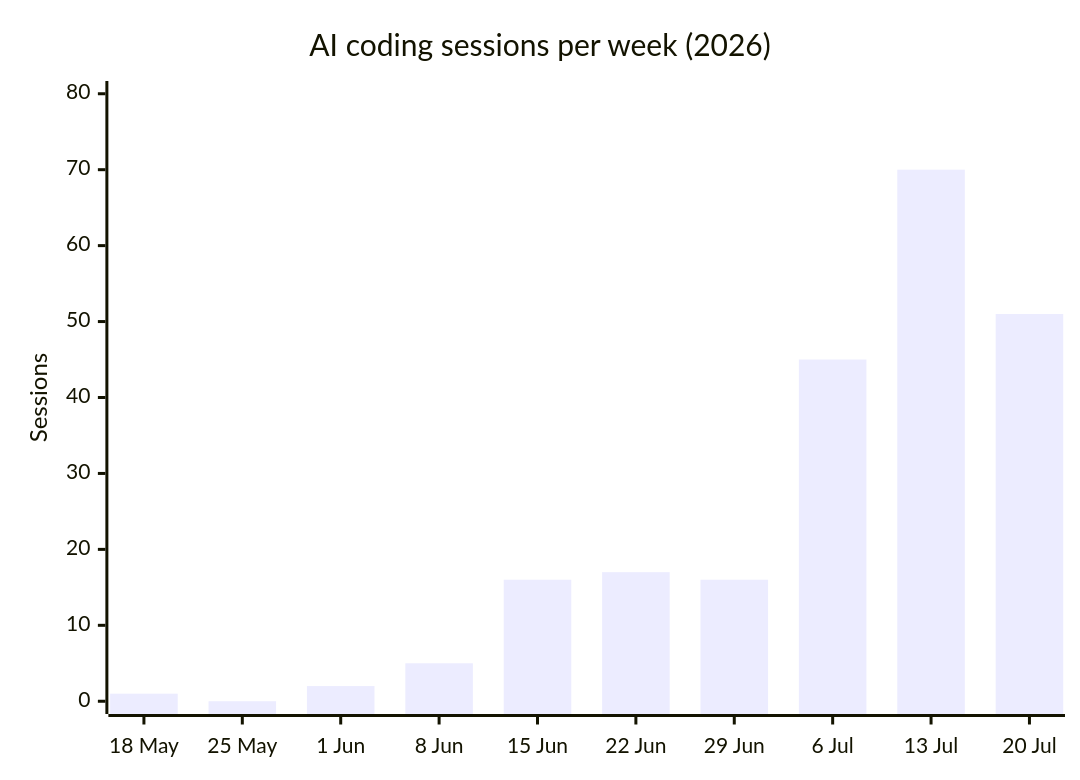
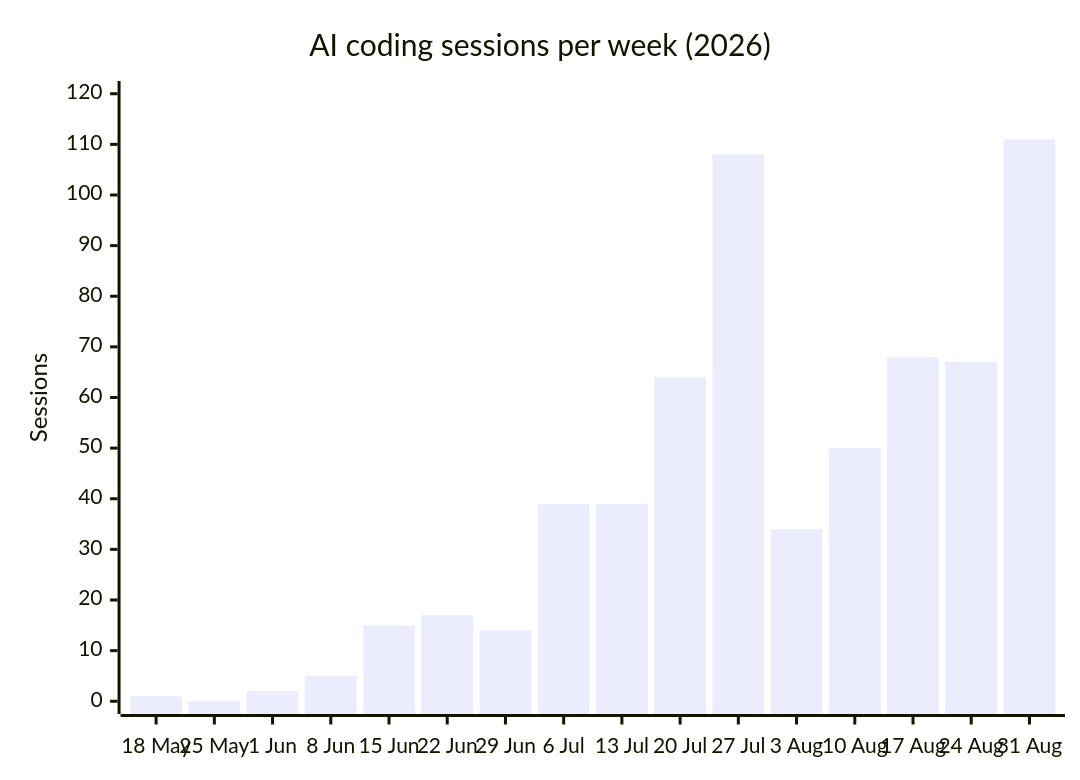
The diagram in VIBE-CODING.md (loryanstrant/loryanstrant), drawn with Mermaid before and after one commit.

Commit message:
chore: refresh AI sessions chart

````diff
--- a/VIBE-CODING.md
+++ b/VIBE-CODING.md
@@ -12,7 +12,7 @@
 ```mermaid
 xychart-beta
     title "AI coding sessions per week (2026)"
-    x-axis ["18 May", "25 May", "1 Jun", "8 Jun", "15 Jun", "22 Jun", "29 Jun", "6 Jul", "13 Jul", "20 Jul"]
-    y-axis "Sessions" 0 --> 80
-    bar [1, 0, 2, 5, 16, 17, 16, 45, 70, 51]
+    x-axis ["18 May", "25 May", "1 Jun", "8 Jun", "15 Jun", "22 Jun", "29 Jun", "6 Jul", "13 Jul", "20 Jul", "27 Jul", "3 Aug", "10 Aug", "17 Aug", "24 Aug", "31 Aug"]
+    y-axis "Sessions" 0 --> 120
+    bar [1, 0, 2, 5, 15, 17, 14, 39, 39, 64, 108, 34, 50, 68, 67, 111]
 ```
````
